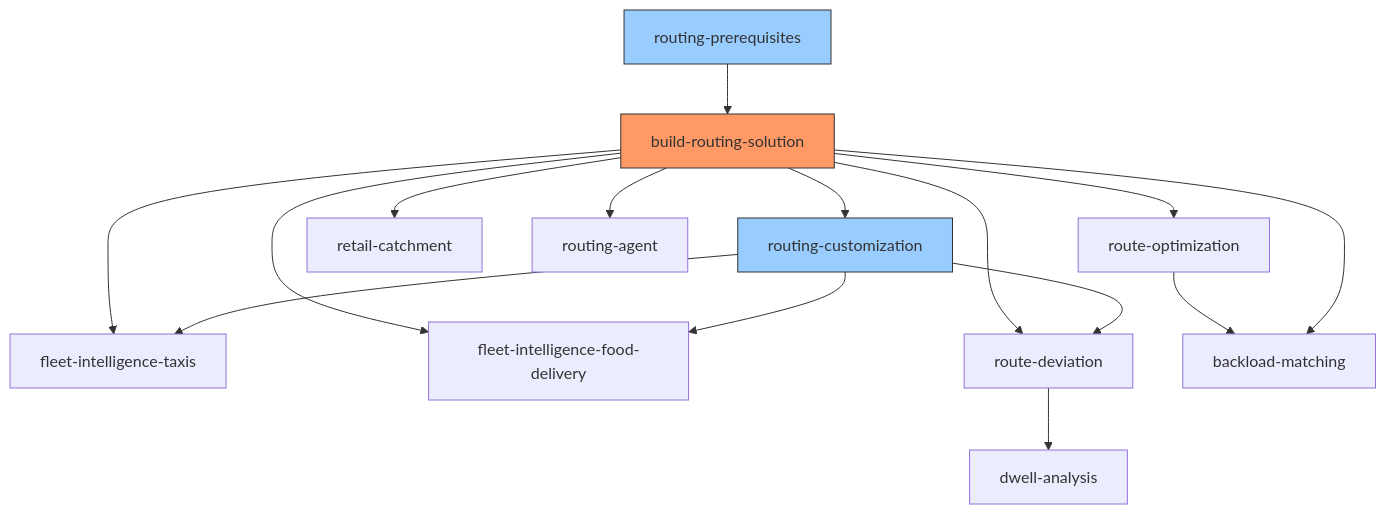
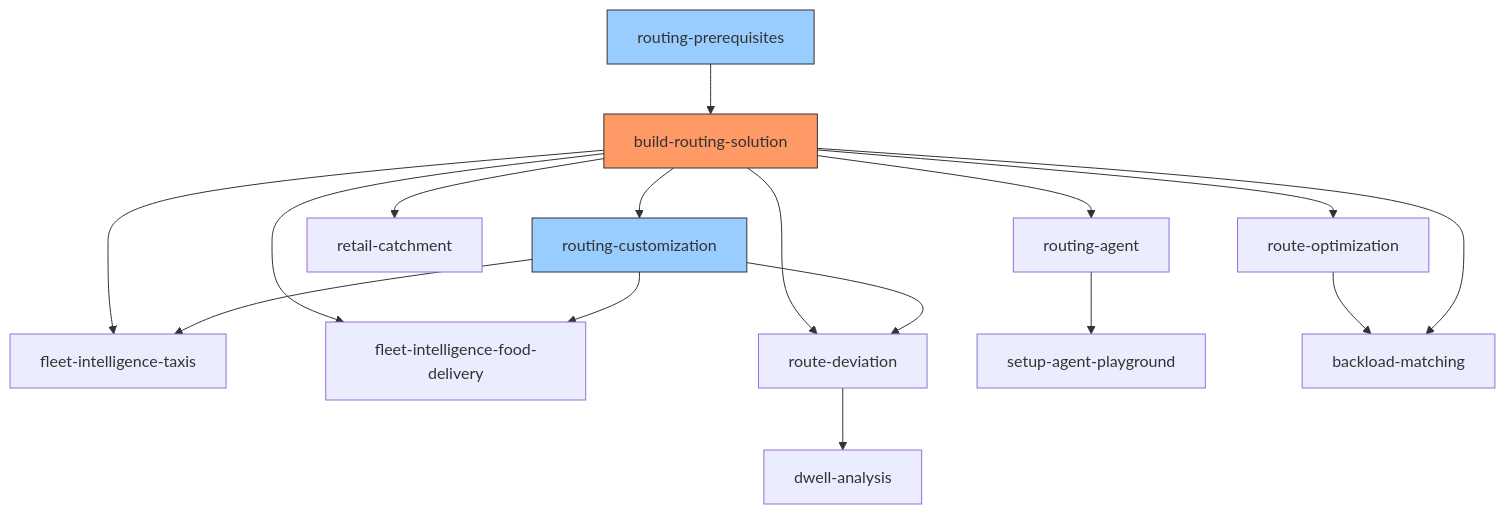
The diagram in AGENTS.md (Snowflake-Labs/sfguide-create-a-route-optimisation-and-vehicle-route-plan-simulator), drawn with Mermaid before and after one commit. The commit also changed other lines of this file and 1 other file, not shown here.

First line of the commit message:
docs(routing-agent): document pharma tools and add setup-agent-playground to inventory

````diff
--- a/AGENTS.md
+++ b/AGENTS.md
@@ -266,21 +268,22 @@
 ```mermaid
 graph TD
     RP[routing-prerequisites] --> BRS[build-routing-solution]
     BRS --> RC[routing-customization]
     BRS --> RO[route-optimization]
     BRS --> FIT[fleet-intelligence-taxis]
     BRS --> FIFD[fleet-intelligence-food-delivery]
     BRS --> RET[retail-catchment]
     BRS --> RD[route-deviation]
     BRS --> RA[routing-agent]
+    RA --> SAP[setup-agent-playground]
     RO --> BM[backload-matching]
     BRS --> BM
     RC --> FIT
     RC --> FIFD
     RC --> RD
     RD --> DA[dwell-analysis]
 
     style BRS fill:#f96,stroke:#333
     style RP fill:#9cf,stroke:#333
     style RC fill:#9cf,stroke:#333
 ```
````
